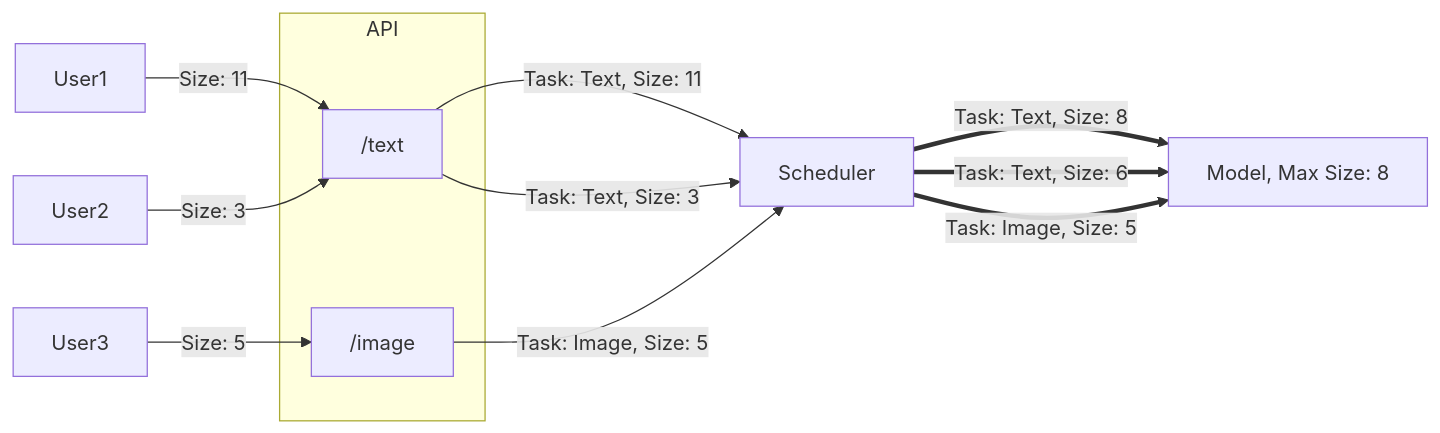
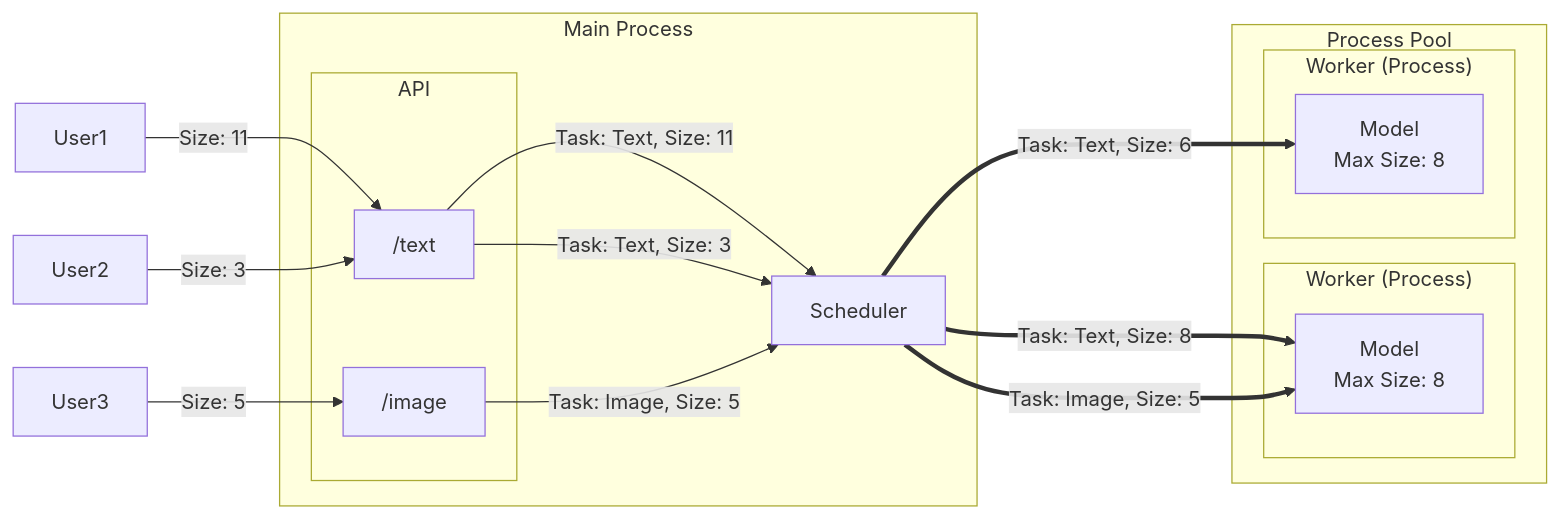
The diagram in README.md (Tobijes/inference-api), drawn with Mermaid before and after one commit. The commit also changed other lines of this file and 19 other files, not shown here.

````diff
--- a/README.md
+++ b/README.md
@@ -18,16 +21,30 @@
 ```mermaid
-  graph LR;
-      a[User1]-- Size: 11 -->A1["/text"];
-      b[User2]-- Size: 3 -->A1["/text"];
-      c[User3]-- Size: 5 -->A2["/image"];
-      subgraph A[API]
-      A1
-      A2
-      end
-      A1["/text"]-- "Task: Text, Size: 11" -->S[Scheduler];
-      A1["/text"]-- "Task: Text, Size: 3" -->S[Scheduler];
-      A2["/image"]-- "Task: Image, Size: 5" -->S[Scheduler];
-      S[Scheduler]== "Task: Text, Size: 8" ==>M["Model,\nMax Size: 8"];
-      S[Scheduler]== "Task: Text, Size: 6" ==>M["Model, Max Size: 8"];
-      S[Scheduler]== "Task: Image, Size: 5" ==>M["Model, Max Size: 8"];
+flowchart LR;
+
+subgraph main["Main Process"]
+    subgraph API["API"]
+        E1["/text"]
+        E2["/image"]
+    end
+    S["Scheduler"]
+end
+
+subgraph procpool["Process Pool"]
+    subgraph w1["Worker (Process)"]
+        m1["Model<br>Max Size: 8"]
+    end
+    subgraph w2["Worker (Process)"]
+        m2["Model<br>Max Size: 8"]
+    end
+end
+
+a["User1"] -- Size: 11 --> E1
+b["User2"] -- Size: 3 --> E1
+c["User3"] -- Size: 5 --> E2
+E1 -- Task: Text, Size: 11 --> S
+E1 -- Task: Text, Size: 3 --> S
+E2 -- Task: Image, Size: 5 --> S
+S == Task: Text, Size: 8 ==> m1
+S == Task: Image, Size: 5 ==> m1
+S == Task: Text, Size: 6 ==> m2
 ```
````
